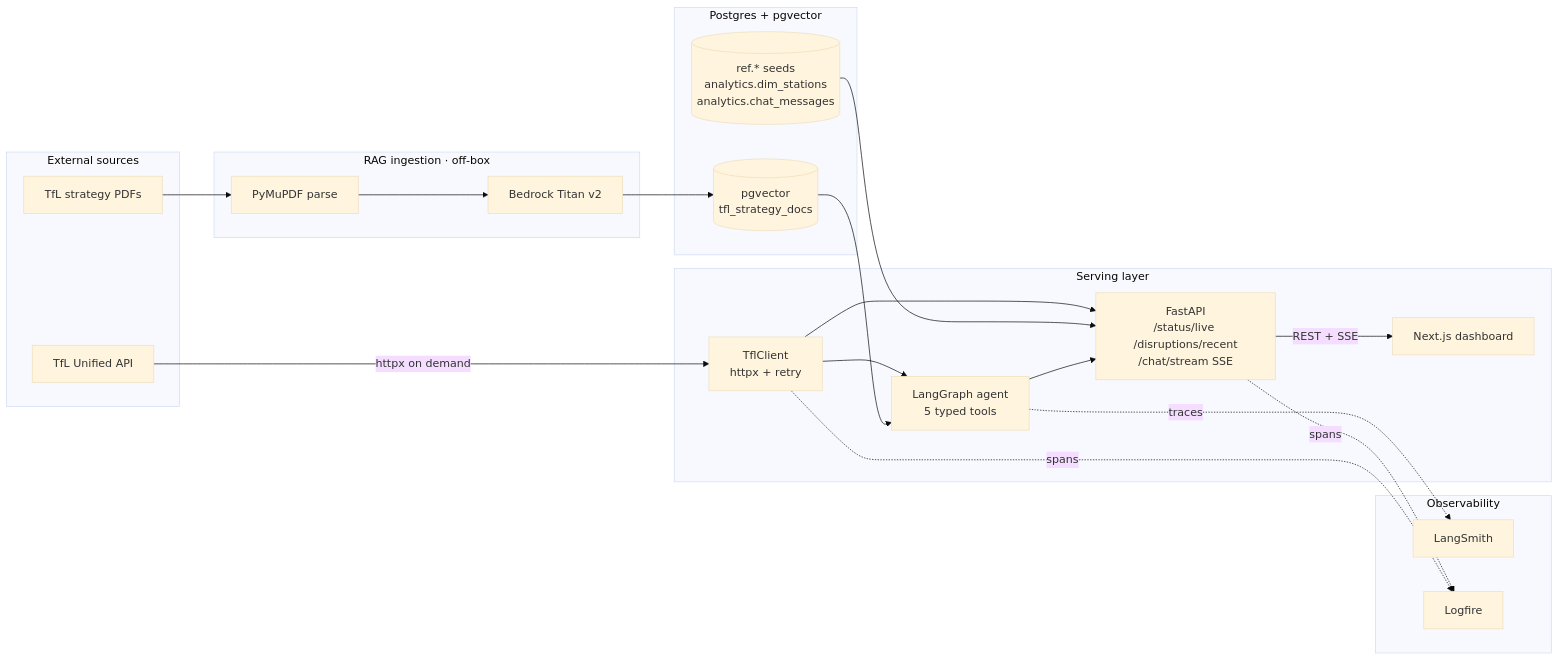
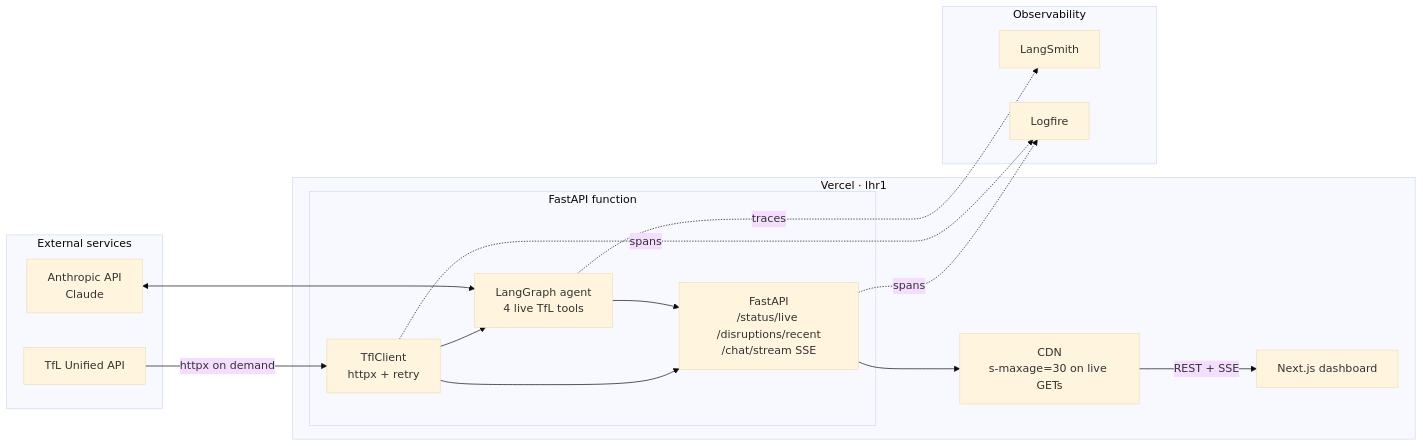
One commit to hcslomeu/tfl-monitor changed the first of 4 diagrams in docs/architecture.md. Above: the diagram before and after it, drawn with Mermaid (base theme). The commit also changed other lines of this file and 140 other files, not shown here.

First line of the commit message:
contract: move API to Vercel, drop RAG, Postgres and Bedrock (TM-36) (#252)

````diff
--- a/docs/architecture.md
+++ b/docs/architecture.md
@@ -10,43 +11,34 @@
 ```mermaid
 flowchart LR
-    subgraph SRC[External sources]
+    subgraph SRC[External services]
       TFL[TfL Unified API]
-      PDF[TfL strategy PDFs]
+      ANT[Anthropic API<br/>Claude]
     end
 
-    subgraph SERVE[Serving layer]
-      CLIENT[TflClient<br/>httpx + retry]
-      AGENT[LangGraph agent<br/>5 typed tools]
-      API[FastAPI<br/>/status/live /disruptions/recent<br/>/chat/stream SSE]
+    subgraph VERCEL["Vercel · lhr1"]
+      CDN[CDN<br/>s-maxage=30 on live GETs]
+      subgraph FN[FastAPI function]
+        CLIENT[TflClient<br/>httpx + retry]
+        AGENT[LangGraph agent<br/>4 live TfL tools]
+        API[FastAPI<br/>/status/live /disruptions/recent<br/>/chat/stream SSE]
+      end
       WEB[Next.js dashboard]
-    end
-
-    subgraph DATA[Postgres + pgvector]
-      PG[(ref.* seeds<br/>analytics.dim_stations<br/>analytics.chat_messages)]
-      VEC[(pgvector<br/>tfl_strategy_docs)]
-    end
-
-    subgraph RAG[RAG ingestion · off-box]
-      PYMU[PyMuPDF parse]
-      EMB[Bedrock Titan v2]
     end
 
     subgraph OBS[Observability]
       LS[LangSmith]
       LF[Logfire]
     end
 
     TFL -->|httpx on demand| CLIENT
     CLIENT --> API
     CLIENT --> AGENT
-    VEC --> AGENT
-    PG --> API
+    ANT <--> AGENT
     AGENT --> API
-    API -->|REST + SSE| WEB
-
-    PDF --> PYMU --> EMB --> VEC
+    API --> CDN
+    CDN -->|REST + SSE| WEB
 
     AGENT -.traces.-> LS
     API -.spans.-> LF
     CLIENT -.spans.-> LF
 ```
````
